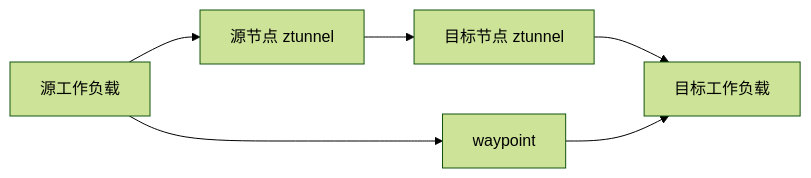
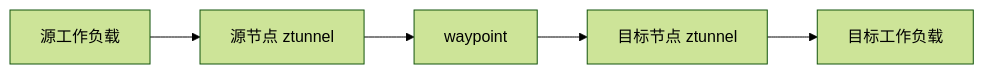
Before and after one commit to hwang-protocol/docker_k8s_2026: the eighth of 8 diagrams in k8s/05-security-and-zero-trust/docs/00_security_theory.md, drawn with Mermaid (forest theme). The commit also changed other lines of this file, not shown here.

````diff
--- a/k8s/05-security-and-zero-trust/docs/00_security_theory.md
+++ b/k8s/05-security-and-zero-trust/docs/00_security_theory.md
@@ -136,9 +348,7 @@
 ```mermaid
 flowchart LR
     src[源工作负载] --> ztunnelSrc[源节点 ztunnel]
-    ztunnelSrc --> ztunnelDst[目标节点 ztunnel]
+    ztunnelSrc --> waypoint[waypoint]
+    waypoint --> ztunnelDst[目标节点 ztunnel]
     ztunnelDst --> target[目标工作负载]
-
-    src --> waypoint[waypoint]
-    waypoint --> target
 ```
````
